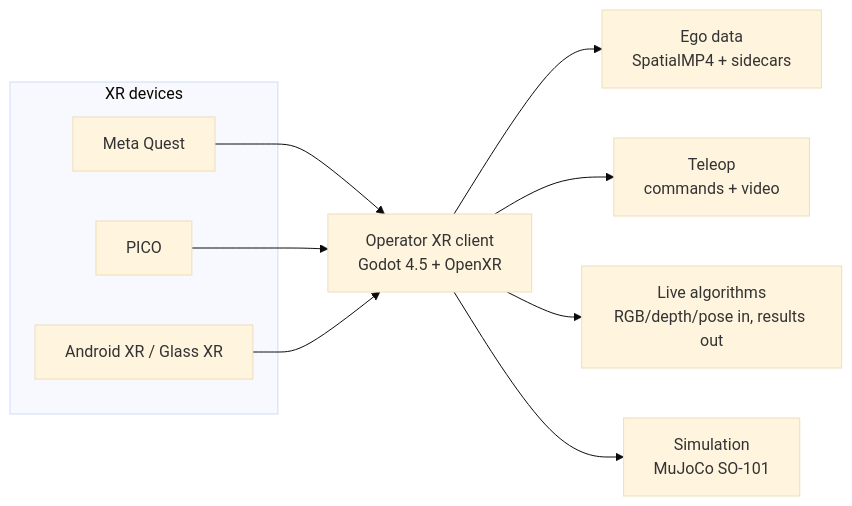
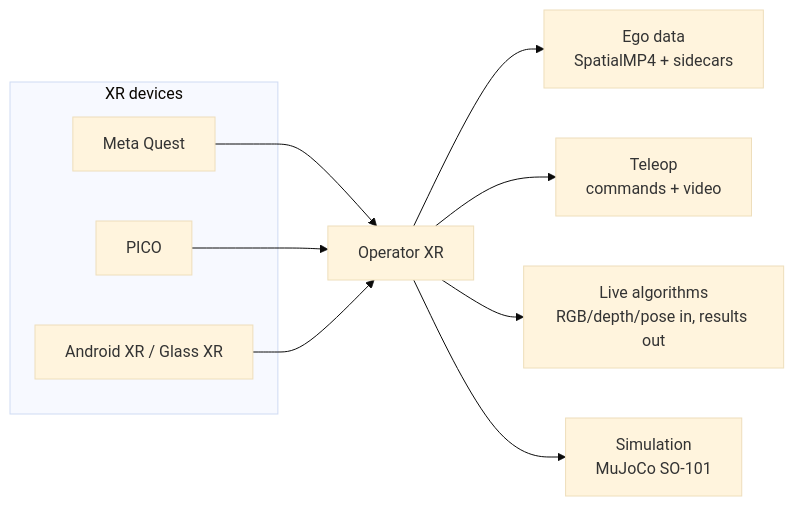
Before and after one commit to lovemoon-ai/operator: the first of 6 diagrams in README.md, drawn with Mermaid (base theme). The commit also changed other lines of this file, not shown here.

````diff
--- a/README.md
+++ b/README.md
@@ -45,17 +45,17 @@
 ```mermaid
 flowchart LR
   subgraph Devices["XR devices"]
     Quest["Meta Quest"]
     Pico["PICO"]
     AndroidXR["Android XR / Glass XR"]
   end
 
-  Quest --> Client["Operator XR client<br/>Godot 4.5 + OpenXR"]
+  Quest --> Client["Operator XR"]
   Pico --> Client
   AndroidXR --> Client
 
   Client --> Ego["Ego data<br/>SpatialMP4 + sidecars"]
   Client --> Teleop["Teleop<br/>commands + video"]
   Client --> Live["Live algorithms<br/>RGB/depth/pose in, results out"]
   Client --> Sim["Simulation<br/>MuJoCo SO-101"]
 ```
````
